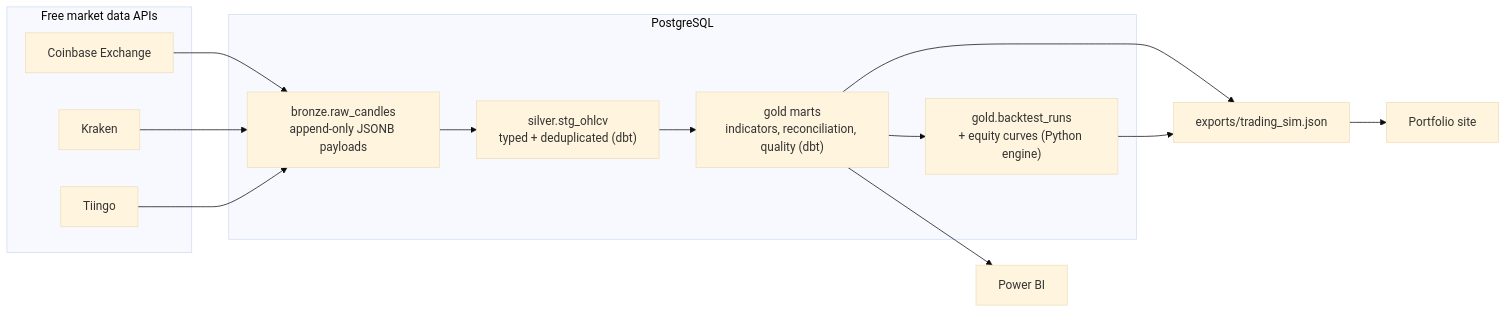
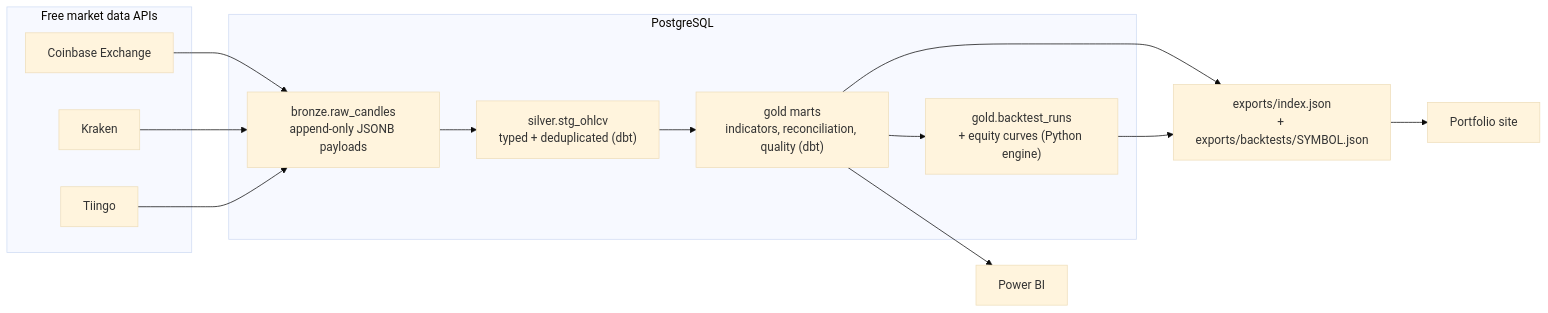
The diagram in README.md (DavinsonR/market-data-medallion), drawn with Mermaid (base theme) before and after one commit. The commit also changed other lines of this file and 69 other files, not shown here.

````diff
--- a/README.md
+++ b/README.md
@@ -22,30 +22,30 @@
 ```mermaid
 flowchart LR
     subgraph apis["Free market data APIs"]
         CB["Coinbase Exchange"]
         KR["Kraken"]
         TI["Tiingo"]
     end
 
     subgraph pg["PostgreSQL"]
         BR["bronze.raw_candles<br/>append-only JSONB payloads"]
         SI["silver.stg_ohlcv<br/>typed + deduplicated (dbt)"]
         GO["gold marts<br/>indicators, reconciliation, quality (dbt)"]
         BT["gold.backtest_runs<br/>+ equity curves (Python engine)"]
     end
 
-    EX["exports/trading_sim.json"]
+    EX["exports/index.json<br/>+ exports/backtests/SYMBOL.json"]
     SITE["Portfolio site"]
     PBI["Power BI"]
 
     CB --> BR
     KR --> BR
     TI --> BR
     BR --> SI
     SI --> GO
     GO --> BT
     GO --> EX
     BT --> EX
     EX --> SITE
     GO --> PBI
 ```
````
